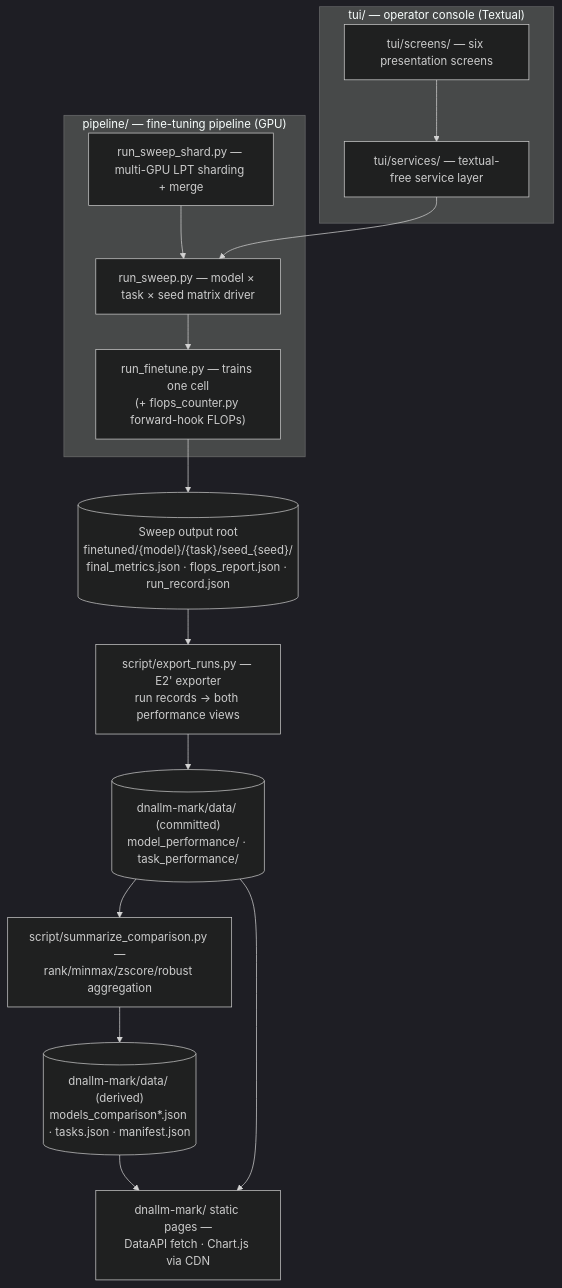
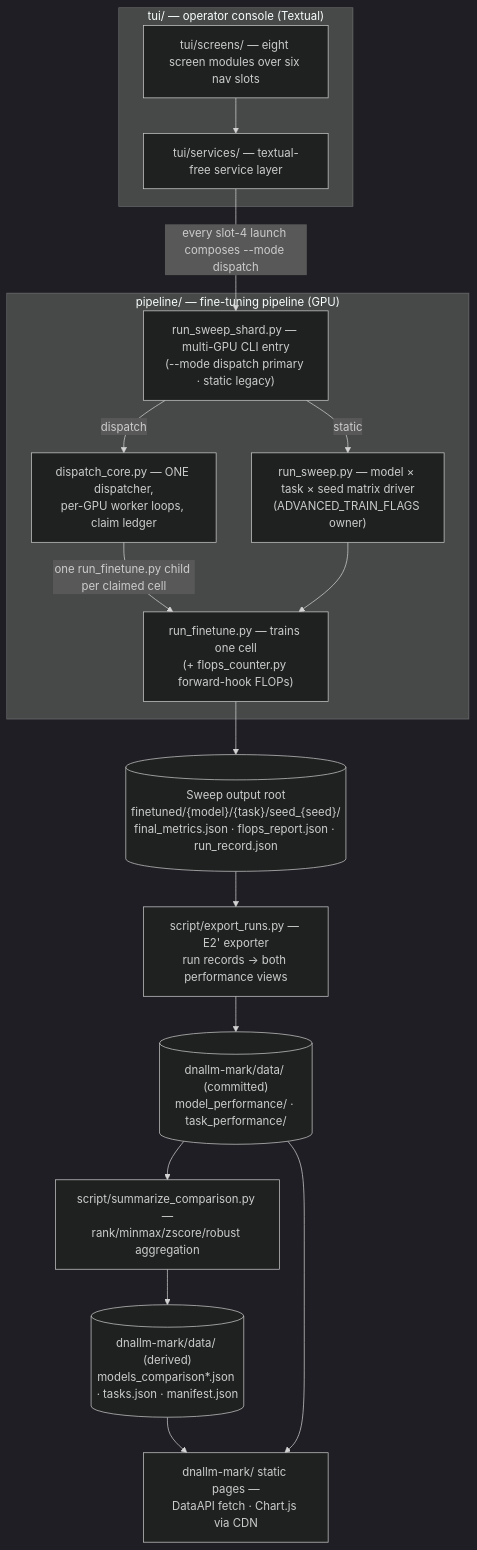
The diagram in docs/ARCHITECTURE.md (zhangtaolab/dnallmmark), drawn with Mermaid (dark theme) before and after one commit. The commit also changed other lines of this file, not shown here.

Commit message:
docs(architecture): component inventory refresh (v1.3/Phase-19) + four-layer SVG diagram

````diff
--- a/docs/ARCHITECTURE.md
+++ b/docs/ARCHITECTURE.md
@@ -10,20 +10,22 @@
 ```mermaid
 graph TD
     subgraph pipeline["pipeline/ — fine-tuning pipeline (GPU)"]
-        A["run_sweep_shard.py — multi-GPU LPT sharding + merge"] --> B["run_sweep.py — model × task × seed matrix driver"]
-        B --> C["run_finetune.py — trains one cell<br/>(+ flops_counter.py forward-hook FLOPs)"]
+        S["run_sweep_shard.py — multi-GPU CLI entry<br/>(--mode dispatch primary · static legacy)"] -->|dispatch| DC["dispatch_core.py — ONE dispatcher,<br/>per-GPU worker loops, claim ledger"]
+        S -->|static| B["run_sweep.py — model × task × seed matrix driver<br/>(ADVANCED_TRAIN_FLAGS owner)"]
+        DC -->|"one run_finetune.py child per claimed cell"| C["run_finetune.py — trains one cell<br/>(+ flops_counter.py forward-hook FLOPs)"]
+        B --> C
     end
 
     C --> D[("Sweep output root<br/>finetuned/{model}/{task}/seed_{seed}/<br/>final_metrics.json · flops_report.json · run_record.json")]
     D --> E["script/export_runs.py — E2' exporter<br/>run records → both performance views"]
     E --> F[("dnallm-mark/data/ (committed)<br/>model_performance/ · task_performance/")]
     F --> G["script/summarize_comparison.py —<br/>rank/minmax/zscore/robust aggregation"]
     G --> H[("dnallm-mark/data/ (derived)<br/>models_comparison*.json · tasks.json · manifest.json")]
     H --> I["dnallm-mark/ static pages —<br/>DataAPI fetch · Chart.js via CDN"]
     F --> I
 
     subgraph tui["tui/ — operator console (Textual)"]
-        J["tui/screens/ — six presentation screens"] --> K["tui/services/ — textual-free service layer"]
+        J["tui/screens/ — eight screen modules over six nav slots"] --> K["tui/services/ — textual-free service layer"]
     end
-    K --> B
+    K -->|"every slot-4 launch composes --mode dispatch"| S
 ```
````
